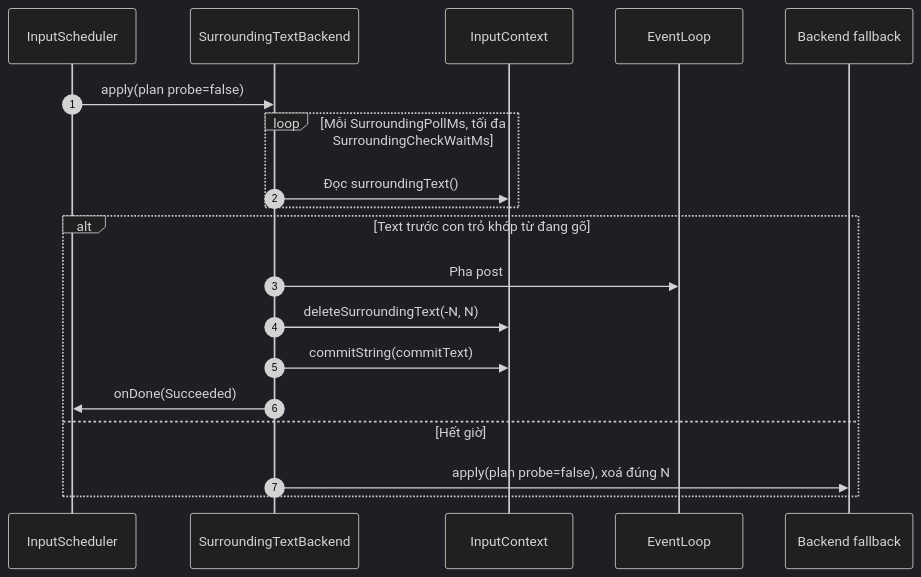
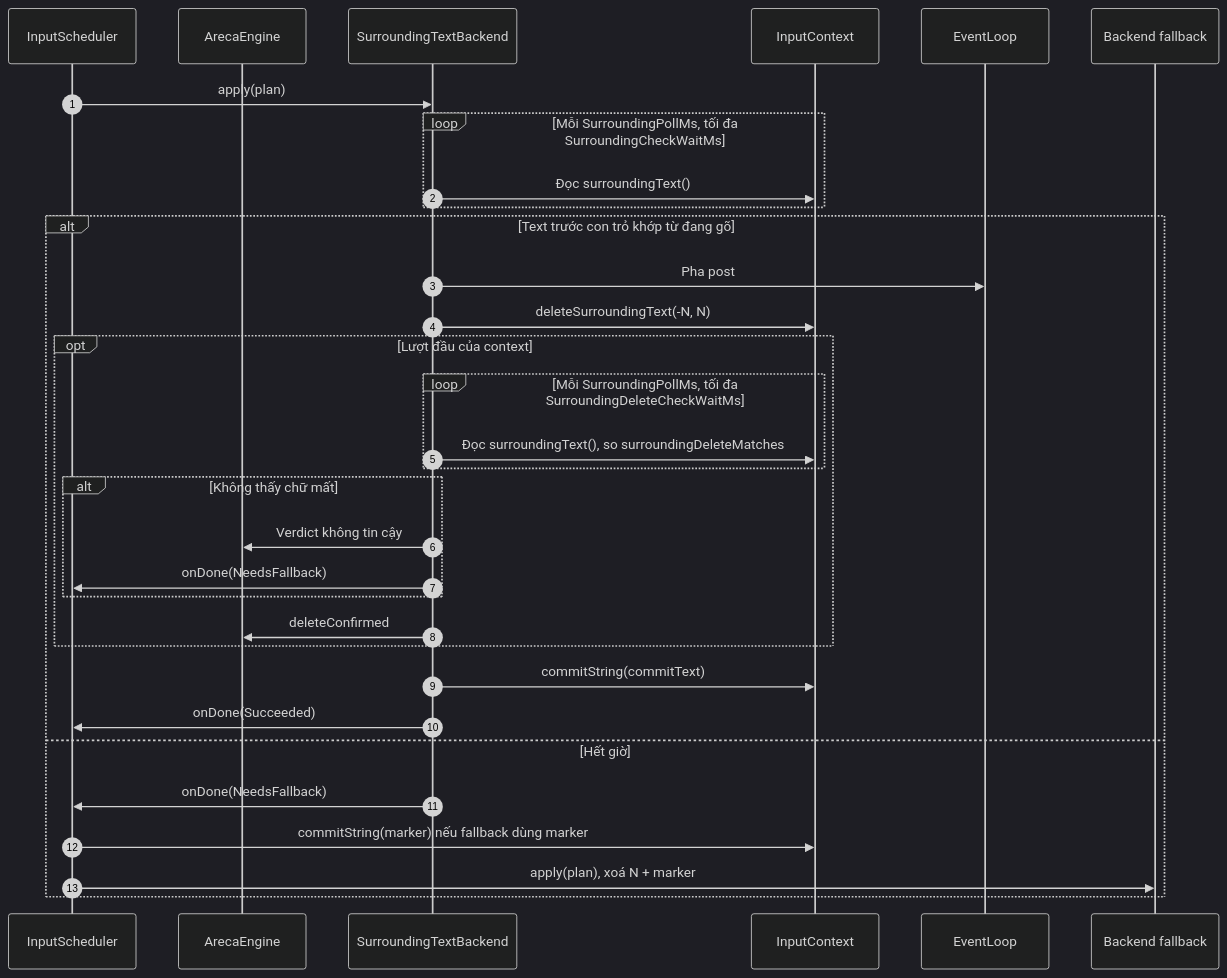
The second of 5 diagrams in docs/ARECA_ARCHITECTURE_SPECIFICATION.md (xhkzeroone/ArecaIME), drawn with Mermaid (dark theme) before and after one commit. The commit also changed other lines of this file and 29 other files, not shown here.

First line of the commit message:
Replace the surrounding probe with a post-delete check in the poll

````diff
--- a/docs/ARECA_ARCHITECTURE_SPECIFICATION.md
+++ b/docs/ARECA_ARCHITECTURE_SPECIFICATION.md
@@ -175,22 +137,35 @@
 ```mermaid
 sequenceDiagram
     autonumber
     participant S as InputScheduler
+    participant E as ArecaEngine
     participant B as SurroundingTextBackend
     participant IC as InputContext
     participant EL as EventLoop
     participant FB as Backend fallback
 
-    S->>B: apply(plan probe=false)
+    S->>B: apply(plan)
     loop Mỗi SurroundingPollMs, tối đa SurroundingCheckWaitMs
         B->>IC: Đọc surroundingText()
     end
     alt Text trước con trỏ khớp từ đang gõ
         B->>EL: Pha post
         B->>IC: deleteSurroundingText(-N, N)
+        opt Lượt đầu của context
+            loop Mỗi SurroundingPollMs, tối đa SurroundingDeleteCheckWaitMs
+                B->>IC: Đọc surroundingText(), so surroundingDeleteMatches
+            end
+            alt Không thấy chữ mất
+                B->>E: Verdict không tin cậy
+                B->>S: onDone(NeedsFallback)
+            end
+            B->>E: deleteConfirmed
+        end
         B->>IC: commitString(commitText)
         B->>S: onDone(Succeeded)
     else Hết giờ
-        B->>FB: apply(plan probe=false), xoá đúng N
+        B->>S: onDone(NeedsFallback)
+        S->>IC: commitString(marker) nếu fallback dùng marker
+        S->>FB: apply(plan), xoá N + marker
     end
 ```
````
